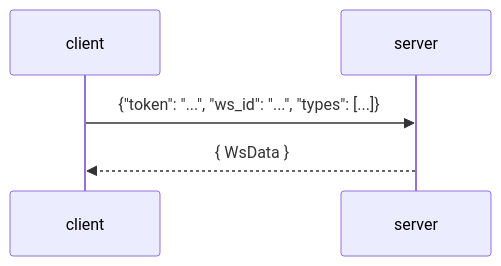
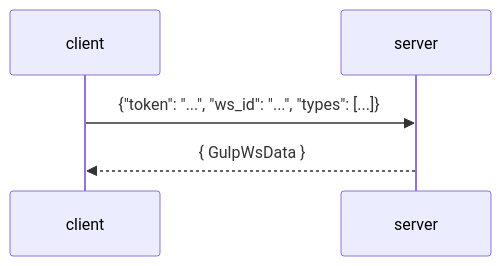
The sixth of 6 diagrams in docs/Architecture.md (mentat-is/gulp), drawn with Mermaid before and after one commit. The commit also changed other lines of this file and 11 other files, not shown here.

````diff
--- a/docs/Architecture.md
+++ b/docs/Architecture.md
@@ -156,6 +156,6 @@
 ```mermaid
 sequenceDiagram
 
 client->>server: {"token": "...", "ws_id": "...", "types": [...]}
-server-->>client: { WsData }
+server-->>client: { GulpWsData }
 ```
````
